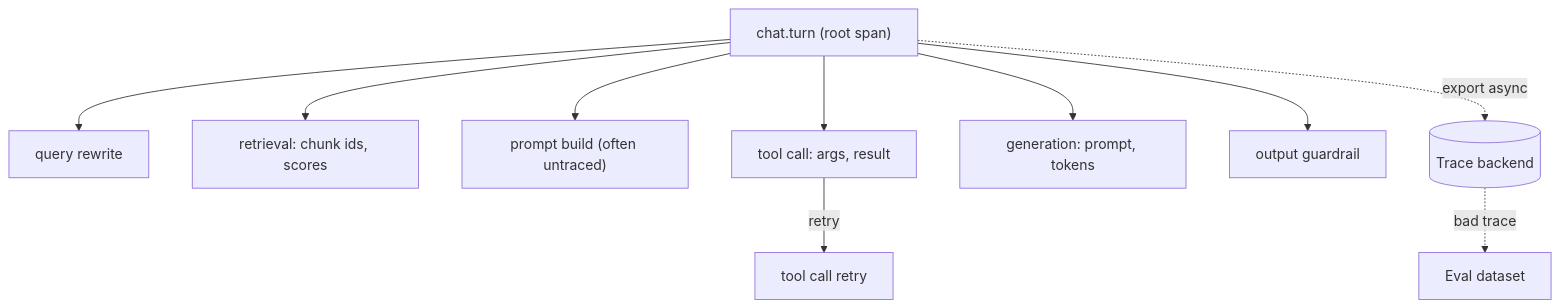
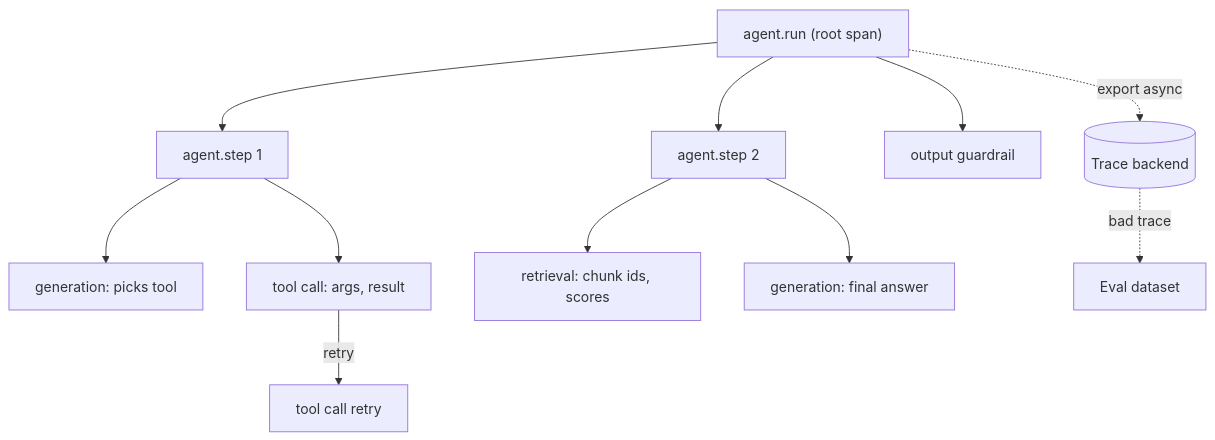
One commit to lovishmahajan97/agentic-learning changed the diagram in content/observability/tracing.md. Above: the diagram before and after it, drawn with Mermaid. The commit also changed other lines of this file and 485 other files, not shown here.

````diff
--- a/content/observability/tracing.md
+++ b/content/observability/tracing.md
@@ -124,12 +152,13 @@
 ```mermaid
 flowchart TD
-    R["chat.turn (root span)"] --> Q["query rewrite"]
-    R --> RT["retrieval: chunk ids, scores"]
-    R --> PB["prompt build (often untraced)"]
-    R --> T["tool call: args, result"]
-    R --> G["generation: prompt, tokens"]
+    R["agent.run (root span)"] --> S1["agent.step 1"]
+    R --> S2["agent.step 2"]
     R --> GR["output guardrail"]
-    T -->|"retry"| T2["tool call retry"]
+    S1 --> G1["generation: picks tool"]
+    S1 --> T1["tool call: args, result"]
+    T1 -->|"retry"| T2["tool call retry"]
+    S2 --> RT["retrieval: chunk ids, scores"]
+    S2 --> G2["generation: final answer"]
     R -.->|"export async"| B[("Trace backend")]
     B -.->|"bad trace"| E["Eval dataset"]
 ```
````
